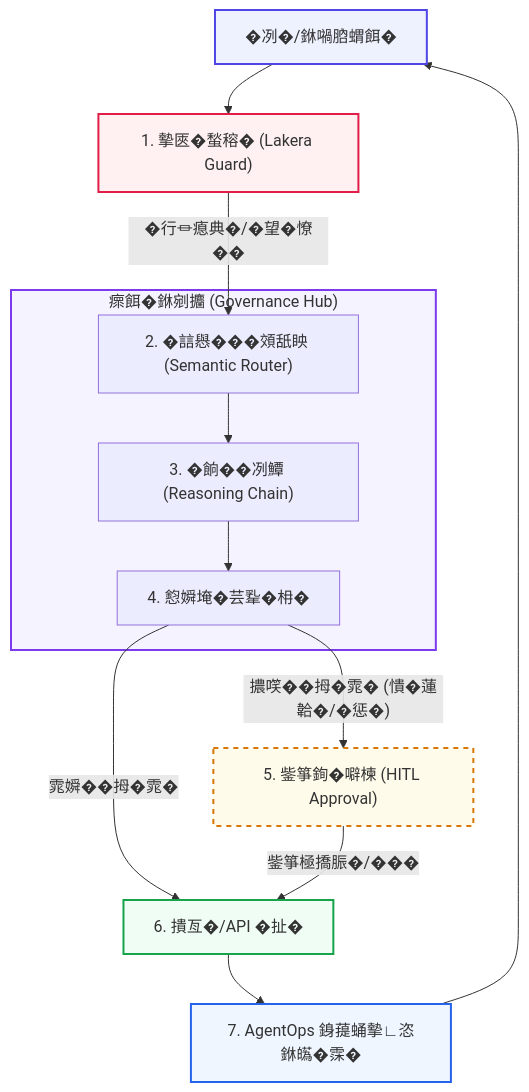
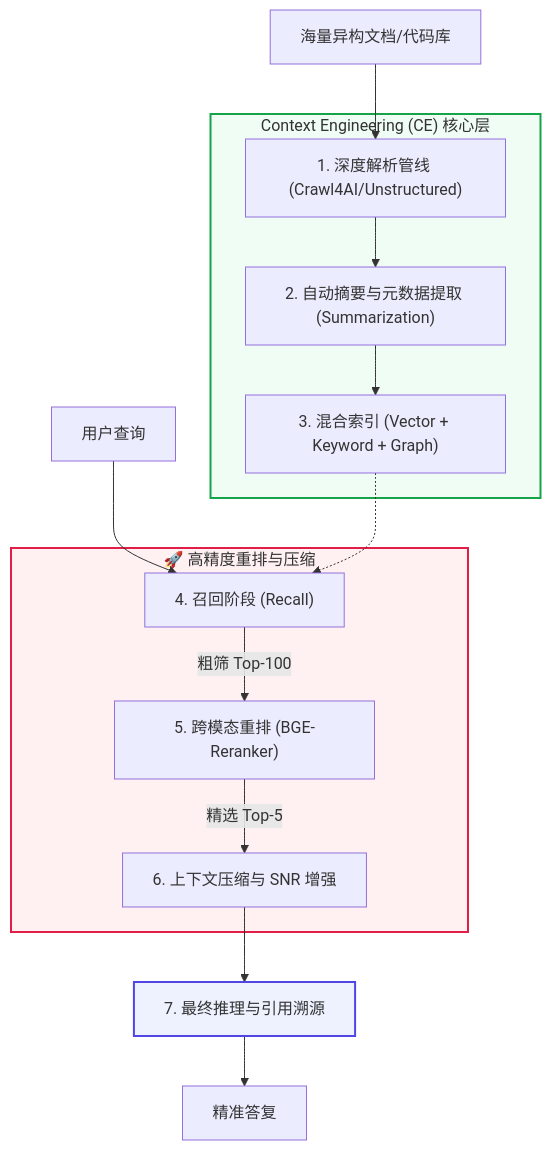
Diagram 11 of 13 in doc/AI_Knowledge_Roadmap.md (wangchong2023/lang-chain-graph), drawn with Mermaid before and after one commit. The commit also changed other lines of this file, not shown here.

Commit message:
docs: update AI knowledge roadmap with new learning resources and milestones

````diff
--- a/doc/AI_Knowledge_Roadmap.md
+++ b/doc/AI_Knowledge_Roadmap.md
@@ -1154,25 +953,25 @@
 ```mermaid
 graph TD
-    User["�冽�/銝𡁜𦛚蝟餌�"] --> EntryGate["1. 摰匧�蝵穃� (Lakera Guard)"]
-    EntryGate -- "�行⏛瘜典�/�望�憭��" --> Router["2. �誩㦛���頝舐眏 (Semantic Router)"]
+    Docs["海量异构文档/代码库"] --> Pipeline["1. 深度解析管线 (Crawl4AI/Unstructured)"]
     
-    subgraph GovHub ["瘝餌�銝剜攟 (Governance Hub)"]
-        Router --> Reasoning["3. �餉��冽鱏 (Reasoning Chain)"]
-        Reasoning --> RiskScoring["4. 憌𡡞埯�芸𢆡�枏�"]
+    subgraph CECore ["Context Engineering (CE) 核心层"]
+        Pipeline --> Summary["2. 自动摘要与元数据提取 (Summarization)"]
+        Summary --> Hybrid["3. 混合索引 (Vector + Keyword + Graph)"]
     end
     
-    RiskScoring -- "擃㗛��拇�雿� (憒�蓮韐�/�惩�)" --> HITL["5. 鈭箏銁�噼楝 (HITL Approval)"]
-    RiskScoring -- "雿𡡞��拇�雿�" --> Execute["6. 撌亙�/API �扯�"]
+    UserQuery["用户查询"] --> Retrieval["4. 召回阶段 (Recall)"]
+    Hybrid -.-> Retrieval
     
-    HITL -- "鈭箏極撟脤�/���" --> Execute
-    Execute --> Audit["7. AgentOps 銵䔶蛹摰∟恣銝𤾸�霂�"]
-    Audit --> User
+    subgraph HighPrecision ["🚀 高精度重排与压缩"]
+        Retrieval -- "粗筛 Top-100" --> Rerank["5. 跨模态重排 (BGE-Reranker)"]
+        Rerank -- "精选 Top-5" --> ContextCompression["6. 上下文压缩与 SNR 增强"]
+    end
+    
+    ContextCompression --> LLM["7. 最终推理与引用溯源"]
+    LLM --> Result["精准答复"]
 
-    %% �瑕�蝢𤾸�
-    style User fill:#eef2ff,stroke:#4f46e5,stroke-width:2px
-    style EntryGate fill:#fff1f2,stroke:#e11d48,stroke-width:2px
-    style HITL fill:#fffbeb,stroke:#d97706,stroke-width:2px,stroke-dasharray: 5 5
-    style Execute fill:#f0fdf4,stroke:#16a34a,stroke-width:2px
-    style Audit fill:#eff6ff,stroke:#2563eb,stroke-width:2px
-    style GovHub fill:#f5f3ff,stroke:#7c3aed,stroke-width:2px
+    %% 样式美化
+    style CECore fill:#f0fdf4,stroke:#16a34a,stroke-width:2px
+    style HighPrecision fill:#fff1f2,stroke:#e11d48,stroke-width:2px
+    style LLM fill:#eef2ff,stroke:#4f46e5,stroke-width:2px
 ```
````
